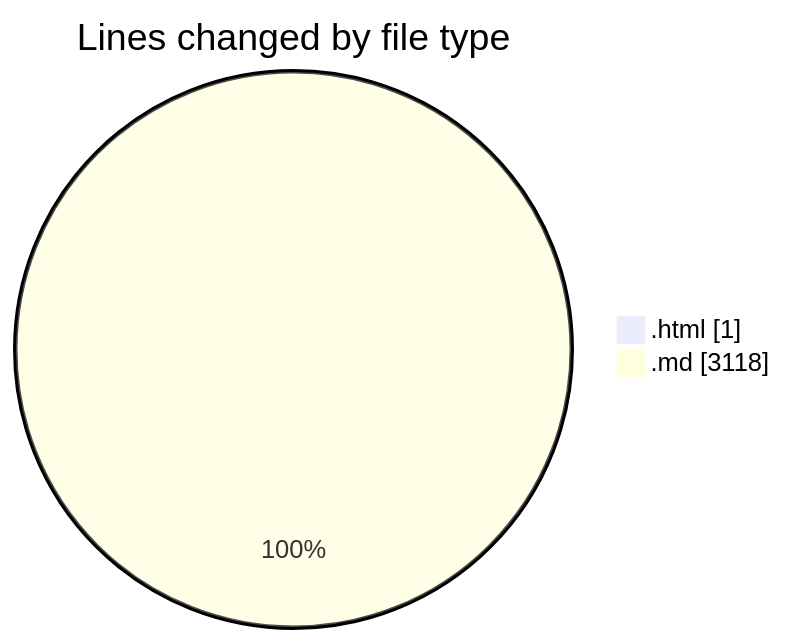
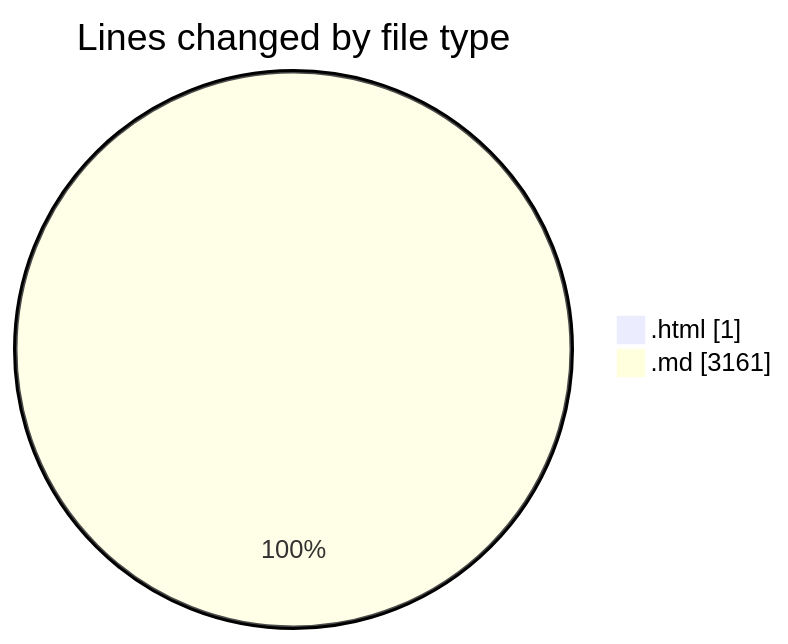
Before and after one commit to Ritupan-Deka/code-tracking: the first of 2 diagrams in 2025-07-08/urlwebwala_intership_work/README.md, drawn with Mermaid. The commit also changed other lines of this file and 1 other file, not shown here.

````diff
--- a/2025-07-08/urlwebwala_intership_work/README.md
+++ b/2025-07-08/urlwebwala_intership_work/README.md
@@ -21,6 +21,6 @@
 ```mermaid
 pie showData
 title Lines changed by file type
 ".html" : 1
-".md" : 3118
+".md" : 3161
 ```
````
